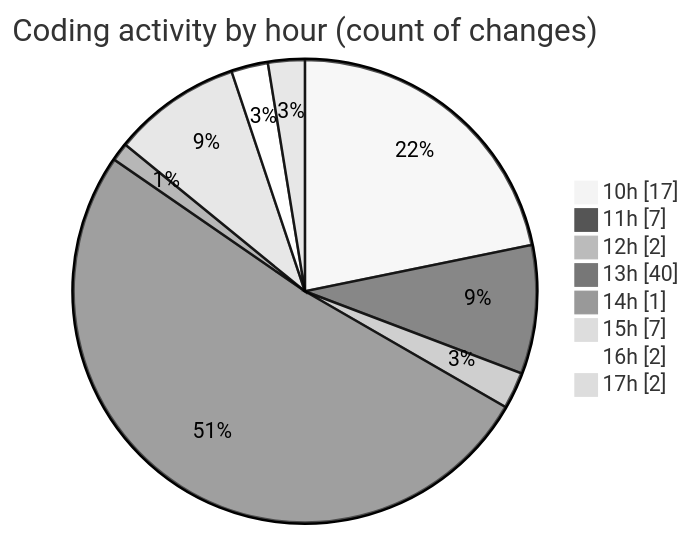
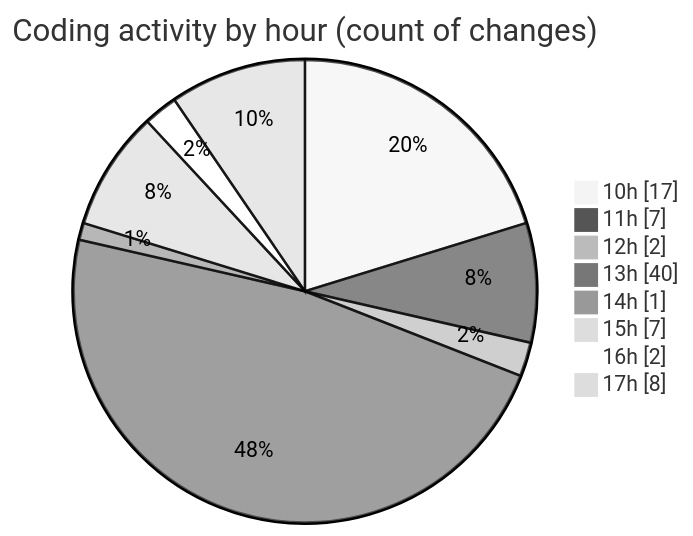
One commit to momahboobian/code-tracking changed the second of 2 diagrams in 2026-03-02/cda/README.md. Above: the diagram before and after it, drawn with Mermaid (neutral theme). The commit also changed other lines of this file and 1 other file, not shown here.

````diff
--- a/2026-03-02/cda/README.md
+++ b/2026-03-02/cda/README.md
@@ -44,12 +44,12 @@
 ```mermaid
 pie showData
 title Coding activity by hour (count of changes)
 "10h" : 17
 "11h" : 7
 "12h" : 2
 "13h" : 40
 "14h" : 1
 "15h" : 7
 "16h" : 2
-"17h" : 2
+"17h" : 8
 ```
````
